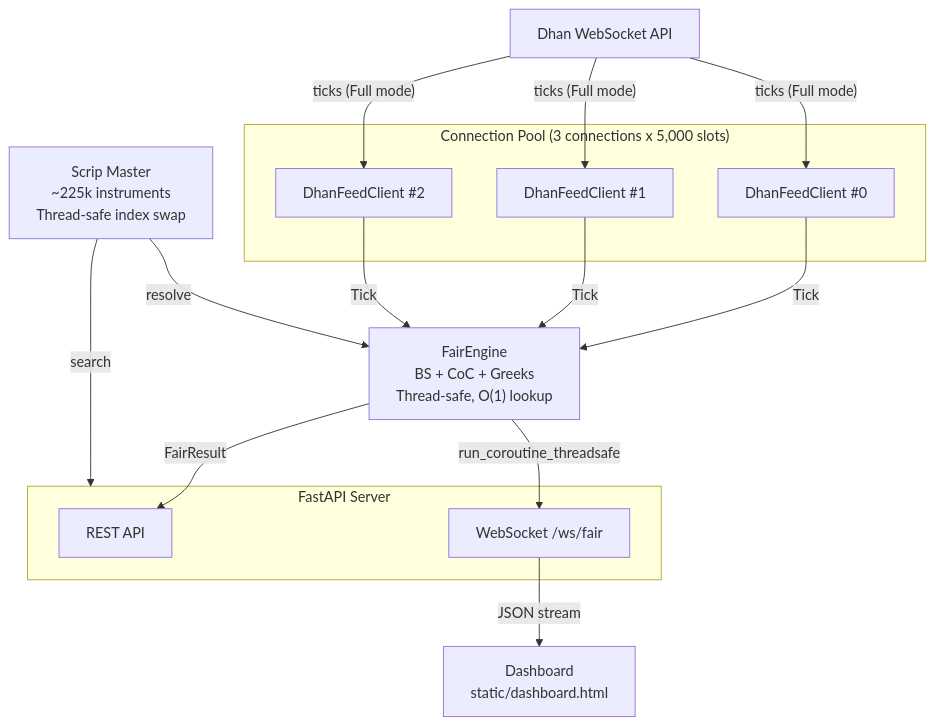
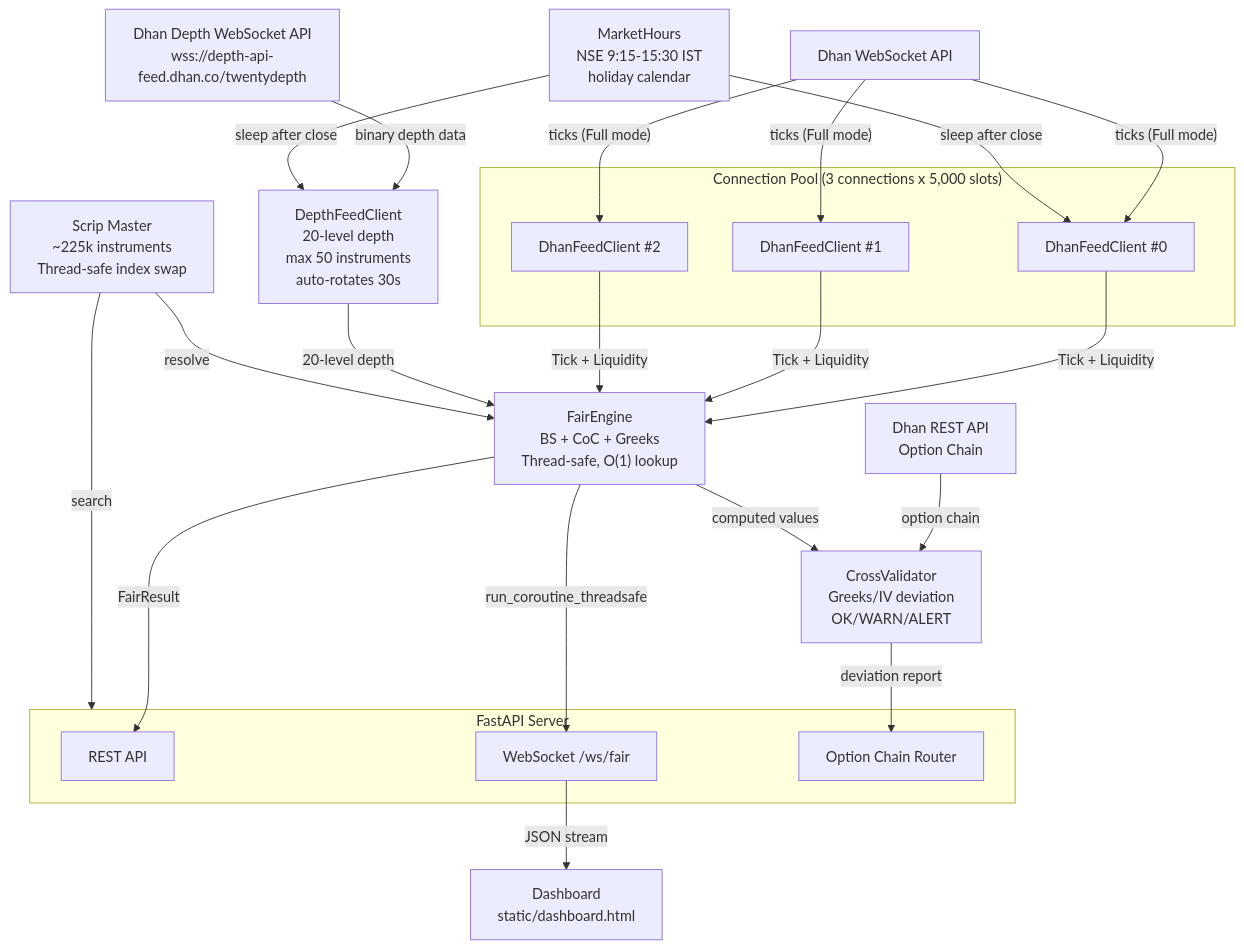
Before and after one commit to vakharwalad23/fair-value-engine: the first of 7 diagrams in docs/architecture.md, drawn with Mermaid. The commit also changed other lines of this file and 3 other files, not shown here.

Commit message:
docs: update all docs for liquidity, depth, option chain, market hours features

````diff
--- a/docs/architecture.md
+++ b/docs/architecture.md
@@ -5,34 +5,50 @@
 ```mermaid
 graph TB
     DhanWS["Dhan WebSocket API"]
+    DhanDepthWS["Dhan Depth WebSocket API<br/>wss://depth-api-feed.dhan.co/twentydepth"]
+    DhanRestAPI["Dhan REST API<br/>Option Chain"]
 
     subgraph ConnectionPool["Connection Pool (3 connections x 5,000 slots)"]
         F1["DhanFeedClient #0"]
         F2["DhanFeedClient #1"]
         F3["DhanFeedClient #2"]
     end
 
     DhanWS -->|"ticks (Full mode)"| F1
     DhanWS -->|"ticks (Full mode)"| F2
     DhanWS -->|"ticks (Full mode)"| F3
 
+    DepthFeed["DepthFeedClient<br/>20-level depth<br/>max 50 instruments<br/>auto-rotates 30s"]
+    DhanDepthWS -->|"binary depth data"| DepthFeed
+
     Engine["FairEngine<br/>BS + CoC + Greeks<br/>Thread-safe, O(1) lookup"]
-    F1 -->|Tick| Engine
-    F2 -->|Tick| Engine
-    F3 -->|Tick| Engine
+    F1 -->|Tick + Liquidity| Engine
+    F2 -->|Tick + Liquidity| Engine
+    F3 -->|Tick + Liquidity| Engine
+    DepthFeed -->|"20-level depth"| Engine
+
+    CrossValidator["CrossValidator<br/>Greeks/IV deviation<br/>OK/WARN/ALERT"]
+    DhanRestAPI -->|"option chain"| CrossValidator
+    Engine -->|"computed values"| CrossValidator
 
     subgraph API["FastAPI Server"]
         REST["REST API"]
         WS["WebSocket /ws/fair"]
+        OCRouter["Option Chain Router"]
     end
 
     Engine -->|FairResult| REST
     Engine -->|"run_coroutine_threadsafe"| WS
+    CrossValidator -->|"deviation report"| OCRouter
 
     Dashboard["Dashboard<br/>static/dashboard.html"]
     WS -->|"JSON stream"| Dashboard
 
     ScripMaster["Scrip Master<br/>~225k instruments<br/>Thread-safe index swap"]
     ScripMaster -->|resolve| Engine
     ScripMaster -->|search| API
+
+    MarketHours["MarketHours<br/>NSE 9:15-15:30 IST<br/>holiday calendar"]
+    MarketHours -->|"sleep after close"| DepthFeed
+    MarketHours -->|"sleep after close"| F1
 ```
````
